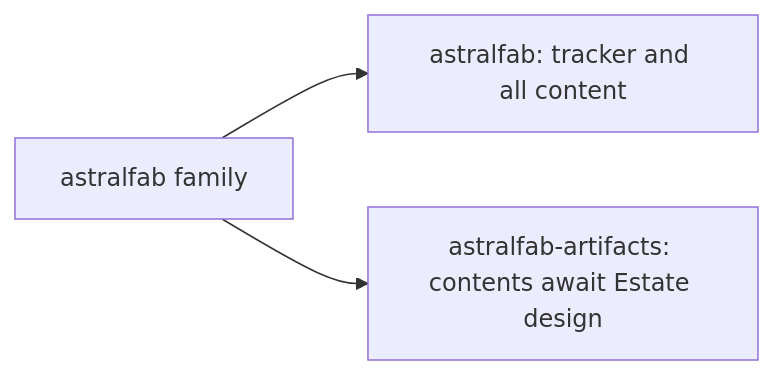
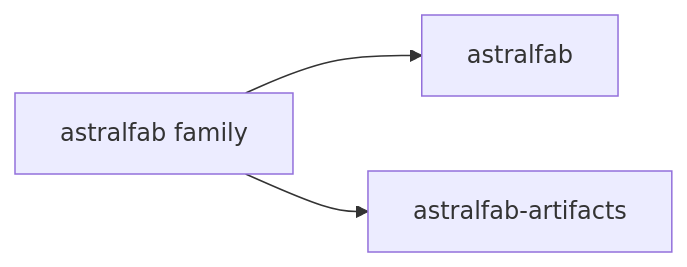
Before and after one commit to tclyu/astralfab: the first of 2 diagrams in AGENTS.md, drawn with Mermaid. The commit also changed other lines of this file, not shown here.

Commit message:
AGENTS.md: shorter diagram labels, wording pass

````diff
--- a/AGENTS.md
+++ b/AGENTS.md
@@ -7,5 +7,5 @@
 ```mermaid
 flowchart LR
-  family[astralfab family] --> fab["astralfab: tracker and all content"]
-  family --> art["astralfab-artifacts: contents await Estate design"]
+  family[astralfab family] --> fab[astralfab]
+  family --> art[astralfab-artifacts]
 ```
````
